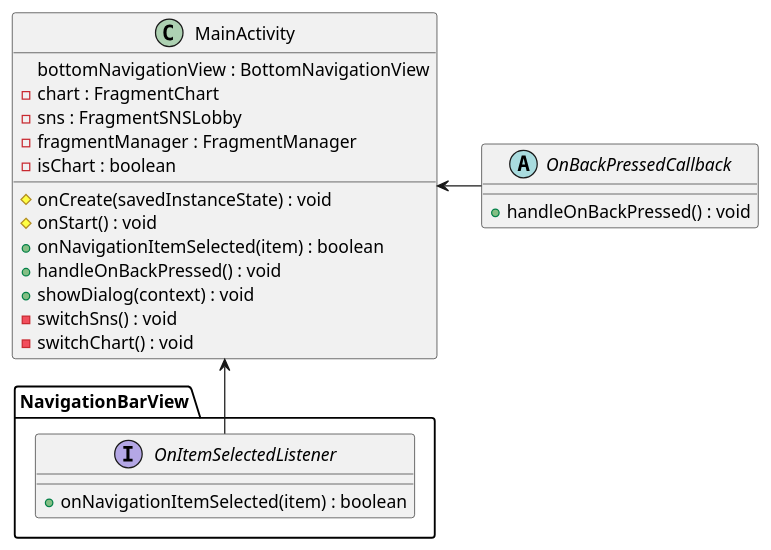
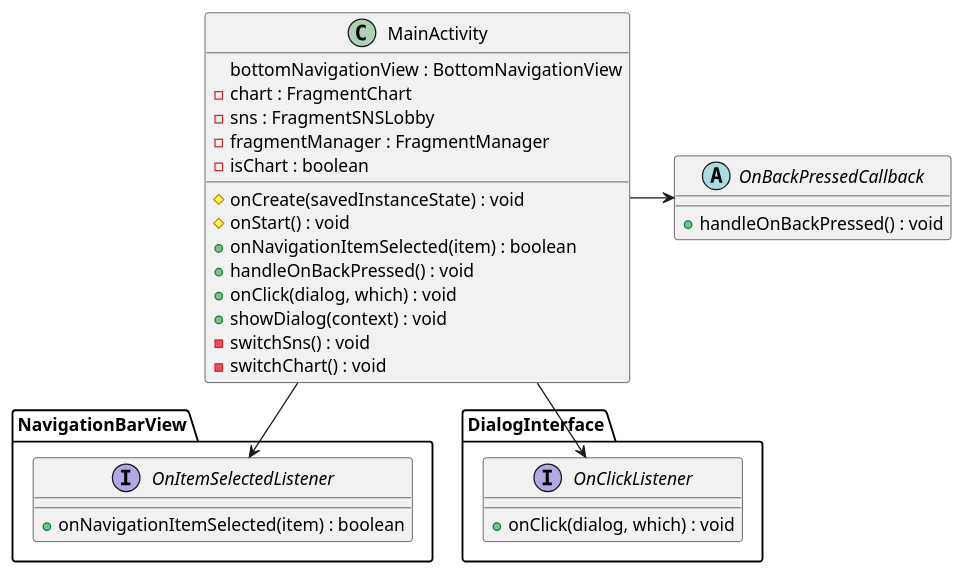
One commit to CherryIntoSpace/SubwayApp changed the diagram in app/src/main/java/com/daejin/subwayapp/diagram/MainActivity.puml. Above: the diagram before and after it, drawn with PlantUML. The commit also changed 2 other files, not shown here.

Commit message:
2023-11-03 diagram

```diff
--- a/app/src/main/java/com/daejin/subwayapp/diagram/MainActivity.puml
+++ b/app/src/main/java/com/daejin/subwayapp/diagram/MainActivity.puml
@@ -1,28 +1,33 @@
 @startuml
-MainActivity <- OnBackPressedCallback
-MainActivity <-- NavigationBarView.OnItemSelectedListener
+MainActivity -> OnBackPressedCallback
+MainActivity --> NavigationBarView.OnItemSelectedListener
+MainActivity --> DialogInterface.OnClickListener
 
 abstract class OnBackPressedCallback {
     +handleOnBackPressed() : void
 }
 class MainActivity {
     bottomNavigationView : BottomNavigationView
     -chart : FragmentChart
     -sns : FragmentSNSLobby
     -fragmentManager : FragmentManager
     -isChart : boolean
 
     #onCreate(savedInstanceState) : void
     #onStart() : void
     +onNavigationItemSelected(item) : boolean
     +handleOnBackPressed() : void
+    +onClick(dialog, which) : void
     +showDialog(context) : void
     -switchSns() : void
     -switchChart() : void
 }
 
 interface NavigationBarView.OnItemSelectedListener {
     +onNavigationItemSelected(item) : boolean
 }
+interface DialogInterface.OnClickListener {
+    +onClick(dialog, which) : void
+}
 
 @enduml
```
